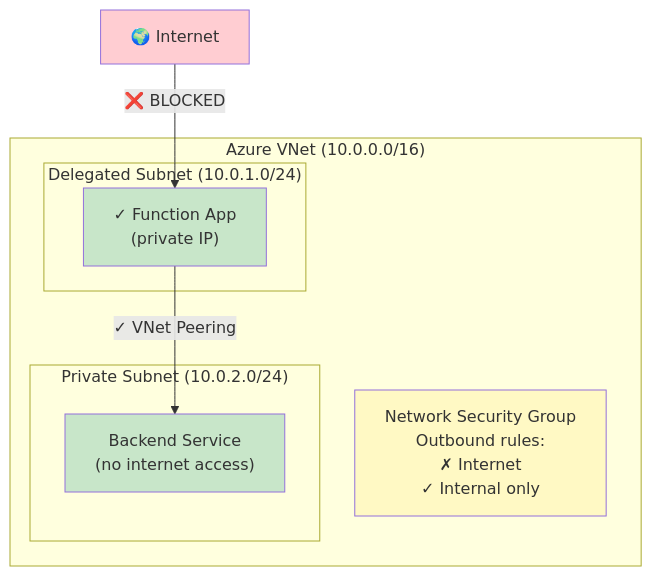
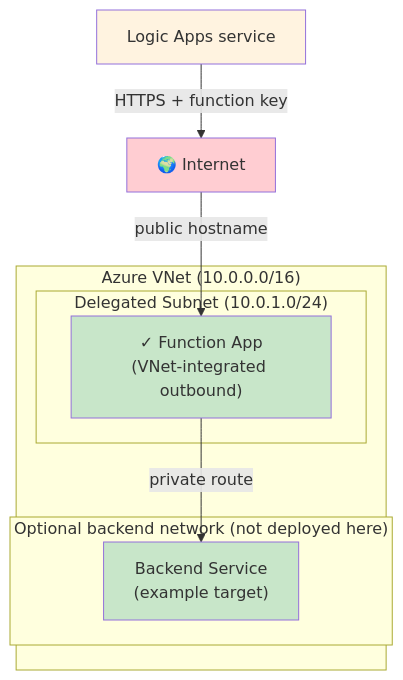
One commit to ran130987wan/logicapp-func-private-net changed the third of 11 diagrams in docs/ONBOARDING-NEW-CONTRIBUTOR.md. Above: the diagram before and after it, drawn with Mermaid. The commit also changed other lines of this file and 6 other files, not shown here.

````diff
--- a/docs/ONBOARDING-NEW-CONTRIBUTOR.md
+++ b/docs/ONBOARDING-NEW-CONTRIBUTOR.md
@@ -143,24 +143,23 @@
 ```mermaid
 graph TB
     Internet["🌍 Internet"]
     
     subgraph Azure VNet["Azure VNet (10.0.0.0/16)"]
         subgraph Subnet["Delegated Subnet (10.0.1.0/24)"]
-            Function["✓ Function App<br/>(private IP)"]
+            Function["✓ Function App<br/>(VNet-integrated outbound)"]
         end
         
-        subgraph PrivateSubnet["Private Subnet (10.0.2.0/24)"]
-            Backend["Backend Service<br/>(no internet access)"]
+        subgraph OptionalSubnet["Optional backend network (not deployed here)"]
+            Backend["Backend Service<br/>(example target)"]
         end
-        
-        NSG["Network Security Group<br/>Outbound rules:<br/>✗ Internet<br/>✓ Internal only"]
     end
     
-    Internet -->|❌ BLOCKED| Function
-    Function -->|✓ VNet Peering| Backend
+    LogicApp["Logic Apps service"] -->|HTTPS + function key| Internet
+    Internet -->|public hostname| Function
+    Function -->|private route| Backend
     
     style Internet fill:#ffcdd2
     style Function fill:#c8e6c9
     style Backend fill:#c8e6c9
-    style NSG fill:#fff9c4
+    style LogicApp fill:#fff3e0
 ```
````
